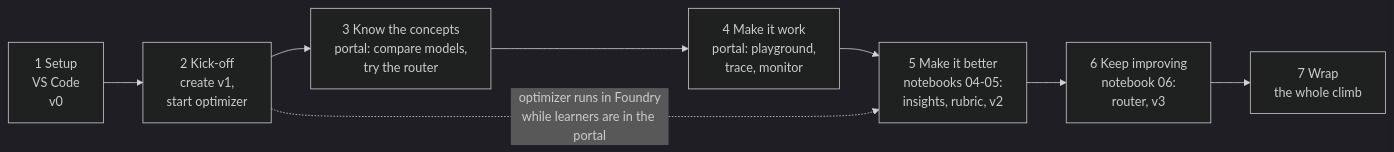
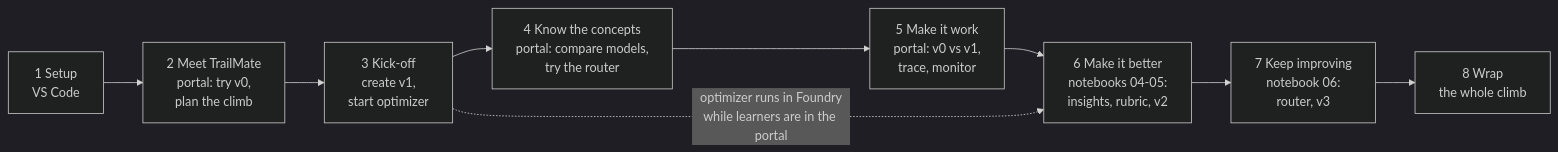
Before and after one commit to AndreaRizzi/ingnite26-LAB663: the diagram in instructions/skillable/README.md, drawn with Mermaid (dark theme). The commit also changed other lines of this file and 31 other files, not shown here.

First line of the commit message:
Restructure Skillable manual around meeting TrailMate first

````diff
--- a/instructions/skillable/README.md
+++ b/instructions/skillable/README.md
@@ -13,10 +13,11 @@
 ```mermaid
 flowchart LR
-    S["1 Setup<br/>VS Code<br/>v0"] --> K["2 Kick-off<br/>create v1,<br/>start optimizer"]
-    K --> C["3 Know the concepts<br/>portal: compare models,<br/>try the router"]
-    C --> W["4 Make it work<br/>portal: playground,<br/>trace, monitor"]
-    W --> B["5 Make it better<br/>notebooks 04-05:<br/>insights, rubric, v2"]
-    B --> I["6 Keep improving<br/>notebook 06:<br/>router, v3"]
-    I --> R["7 Wrap<br/>the whole climb"]
+    S["1 Setup<br/>VS Code"] --> M["2 Meet TrailMate<br/>portal: try v0,<br/>plan the climb"]
+    M --> K["3 Kick-off<br/>create v1,<br/>start optimizer"]
+    K --> C["4 Know the concepts<br/>portal: compare models,<br/>try the router"]
+    C --> W["5 Make it work<br/>portal: v0 vs v1,<br/>trace, monitor"]
+    W --> B["6 Make it better<br/>notebooks 04-05:<br/>insights, rubric, v2"]
+    B --> I["7 Keep improving<br/>notebook 06:<br/>router, v3"]
+    I --> R["8 Wrap<br/>the whole climb"]
     K -. "optimizer runs in Foundry<br/>while learners are in the portal" .-> B
 ```
````
